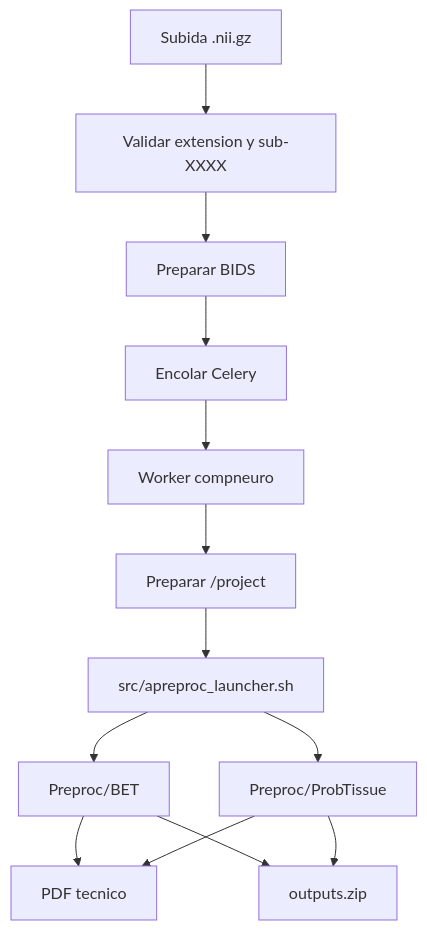
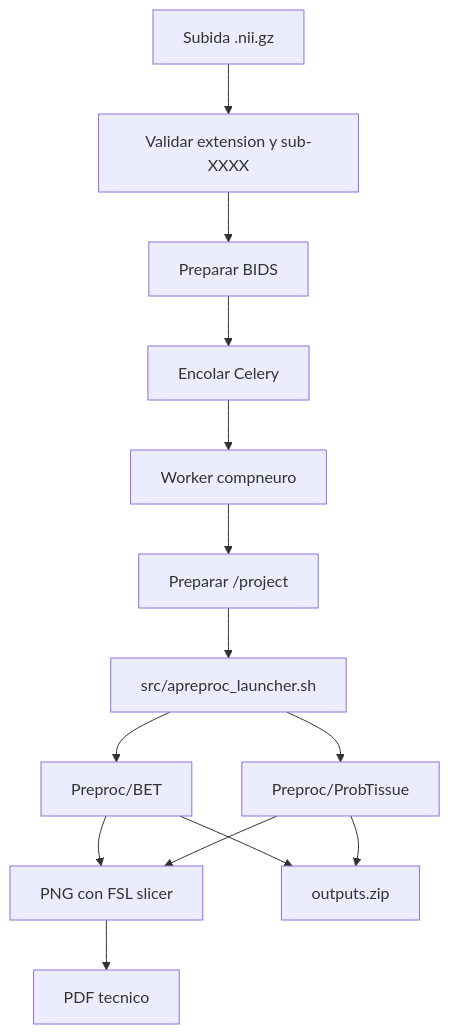
One commit to suhartx/neuroimagen-server-biocruces changed the second of 2 diagrams in docs/processing-pipeline.md. Above: the diagram before and after it, drawn with Mermaid. The commit also changed other lines of this file and 29 other files, not shown here.

````diff
--- a/docs/processing-pipeline.md
+++ b/docs/processing-pipeline.md
@@ -85,15 +89,16 @@
 ```mermaid
 flowchart TD
   Upload[Subida .nii.gz] --> Validate[Validar extension y sub-XXXX]
   Validate --> BIDS[Preparar BIDS]
   BIDS --> Queue[Encolar Celery]
   Queue --> Worker[Worker compneuro]
   Worker --> Mount[Preparar /project]
   Mount --> Launcher[src/apreproc_launcher.sh]
   Launcher --> BET[Preproc/BET]
   Launcher --> Prob[Preproc/ProbTissue]
-  BET --> Report[PDF tecnico]
-  Prob --> Report
+  BET --> Render[PNG con FSL slicer]
+  Prob --> Render
+  Render --> Report[PDF tecnico]
   BET --> Zip[outputs.zip]
   Prob --> Zip
 ```
````
